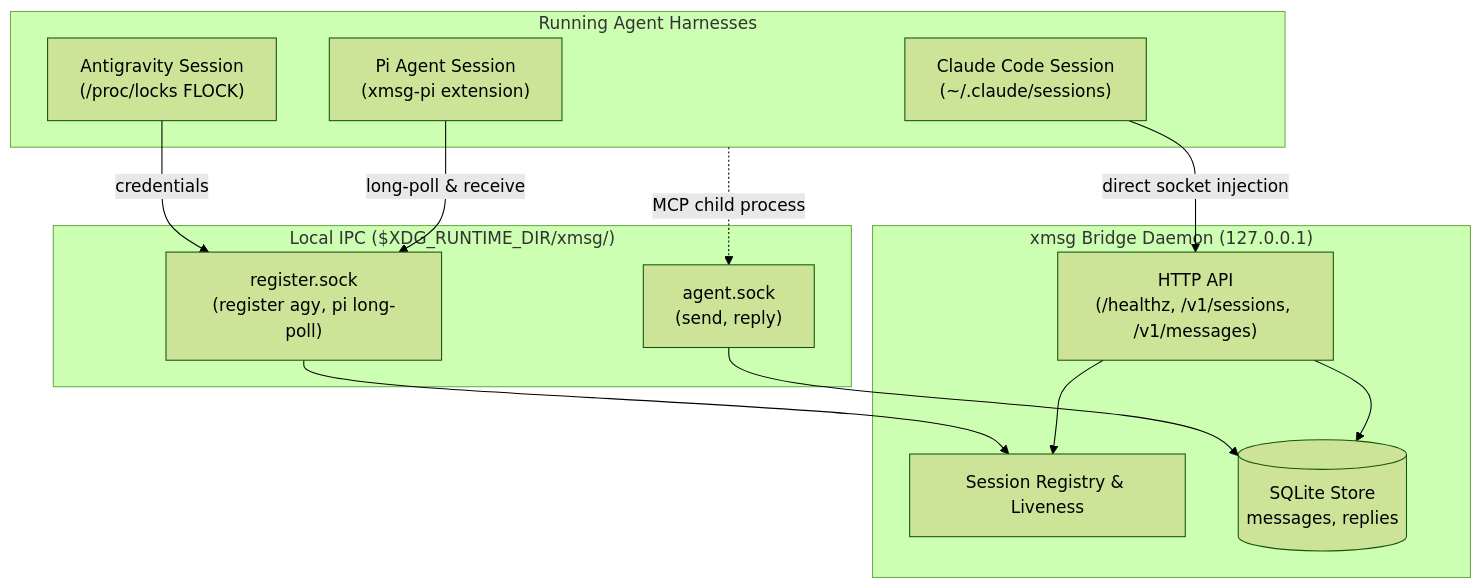
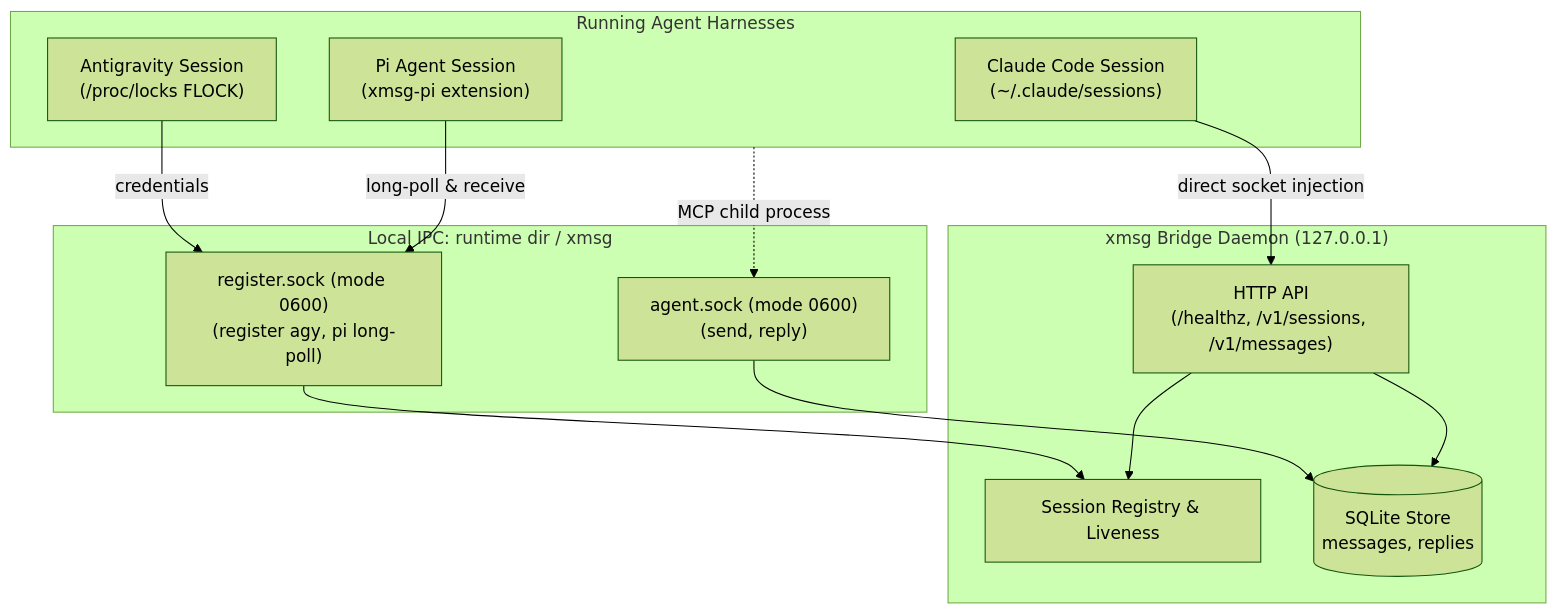
The diagram in README.md (sini/xmsg), drawn with Mermaid (forest theme) before and after one commit. The commit also changed other lines of this file and 14 other files, not shown here.

````diff
--- a/README.md
+++ b/README.md
@@ -50,28 +50,28 @@
 ```mermaid
 flowchart TD
   subgraph Harnesses["Running Agent Harnesses"]
     Claude["Claude Code Session<br/>(~/.claude/sessions)"]
     Agy["Antigravity Session<br/>(/proc/locks FLOCK)"]
     Pi["Pi Agent Session<br/>(xmsg-pi extension)"]
   end
 
-  subgraph IPC["Local IPC ($XDG_RUNTIME_DIR/xmsg/)"]
-    AgentSock["agent.sock<br/>(send, reply)"]
-    RegisterSock["register.sock<br/>(register agy, pi long-poll)"]
+  subgraph IPC["Local IPC: runtime dir / xmsg"]
+    AgentSock["agent.sock (mode 0600)<br/>(send, reply)"]
+    RegisterSock["register.sock (mode 0600)<br/>(register agy, pi long-poll)"]
   end
 
   subgraph Bridge["xmsg Bridge Daemon (127.0.0.1)"]
     Registry["Session Registry & Liveness"]
     Store[("SQLite Store<br/>messages, replies")]
     HTTP["HTTP API<br/>(/healthz, /v1/sessions, /v1/messages)"]
   end
 
   Claude -->|direct socket injection| HTTP
   Agy -->|credentials| RegisterSock
   Pi -->|long-poll & receive| RegisterSock
   Harnesses -.->|MCP child process| AgentSock
   AgentSock --> Store
   RegisterSock --> Registry
   HTTP --> Store
   HTTP --> Registry
 ```
````
